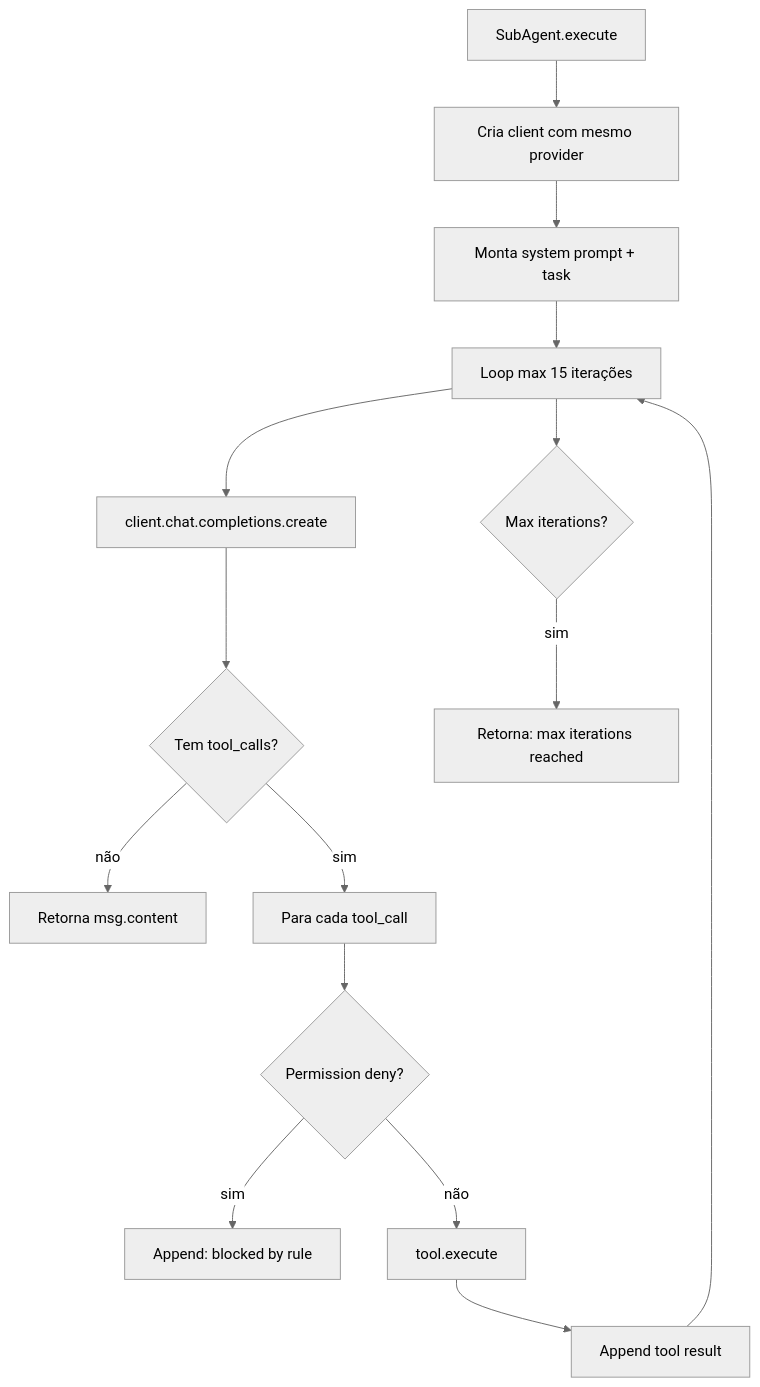
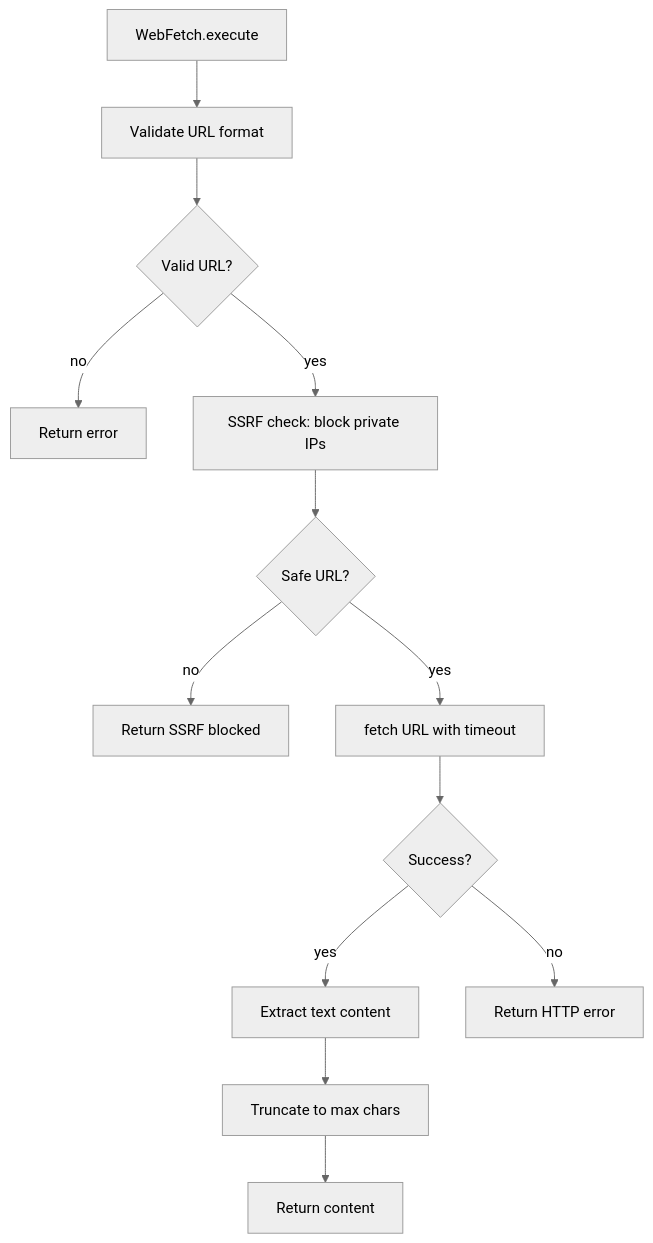
The eighth of 8 diagrams in _reversa_sdd/flowcharts/tools.md (Hermenics/deepseek-code), drawn with Mermaid (neutral theme) before and after one commit. The commit also changed other lines of this file and 75 other files, not shown here.

First line of the commit message:
docs(sdd): translate ADRs and architecture docs to English, reorganize proxy module

````diff
--- a/_reversa_sdd/flowcharts/tools.md
+++ b/_reversa_sdd/flowcharts/tools.md
@@ -73,17 +138,15 @@
 ```mermaid
 flowchart TD
-    A[SubAgent.execute] --> B[Cria client com mesmo provider]
-    B --> C[Monta system prompt + task]
-    C --> D[Loop max 15 iterações]
-    D --> E[client.chat.completions.create]
-    E --> F{Tem tool_calls?}
-    F -->|não| G[Retorna msg.content]
-    F -->|sim| H[Para cada tool_call]
-    H --> I{Permission deny?}
-    I -->|sim| J[Append: blocked by rule]
-    I -->|não| K[tool.execute]
-    K --> L[Append tool result]
-    L --> D
-    D --> M{Max iterations?}
-    M -->|sim| N[Retorna: max iterations reached]
+    A[WebFetch.execute] --> B[Validate URL format]
+    B --> C{Valid URL?}
+    C -->|no| D[Return error]
+    C -->|yes| E[SSRF check: block private IPs]
+    E --> F{Safe URL?}
+    F -->|no| G[Return SSRF blocked]
+    F -->|yes| H[fetch URL with timeout]
+    H --> I{Success?}
+    I -->|yes| J[Extract text content]
+    I -->|no| K[Return HTTP error]
+    J --> L[Truncate to max chars]
+    L --> M[Return content]
 ```
````
